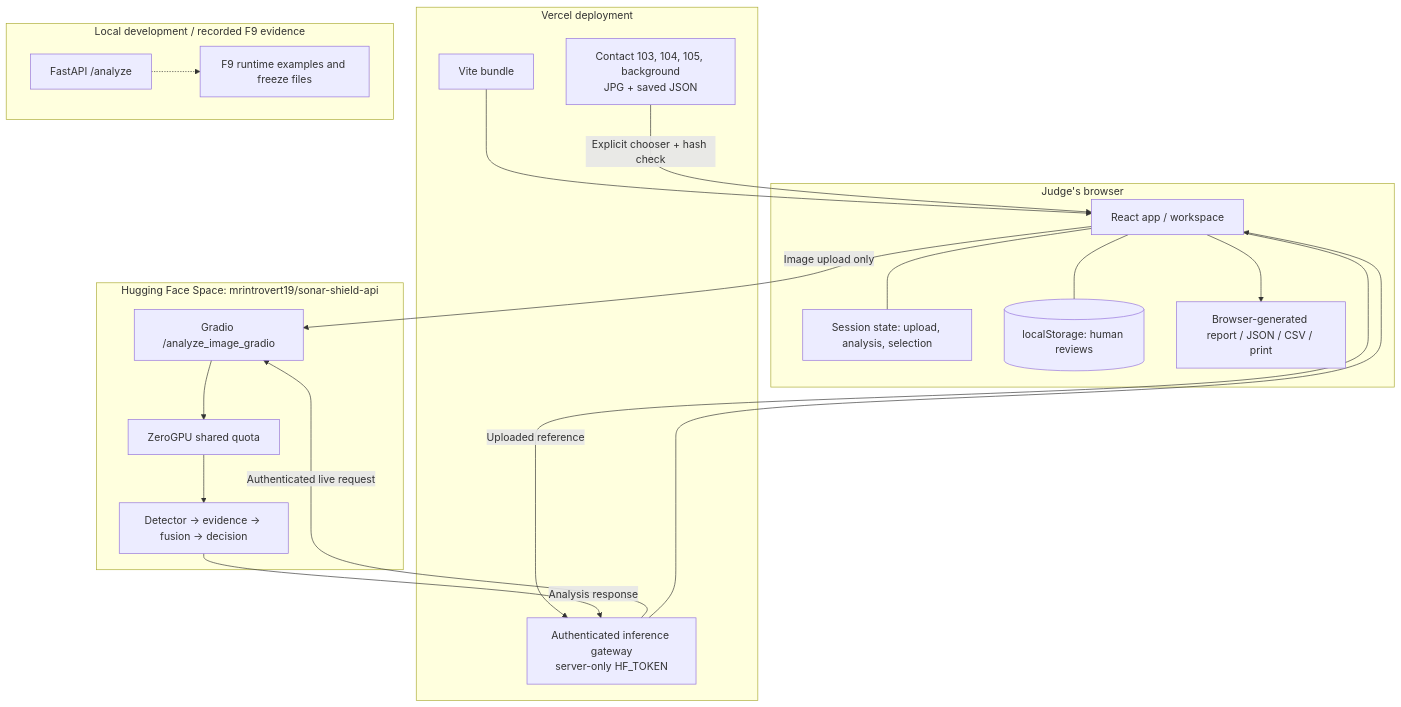
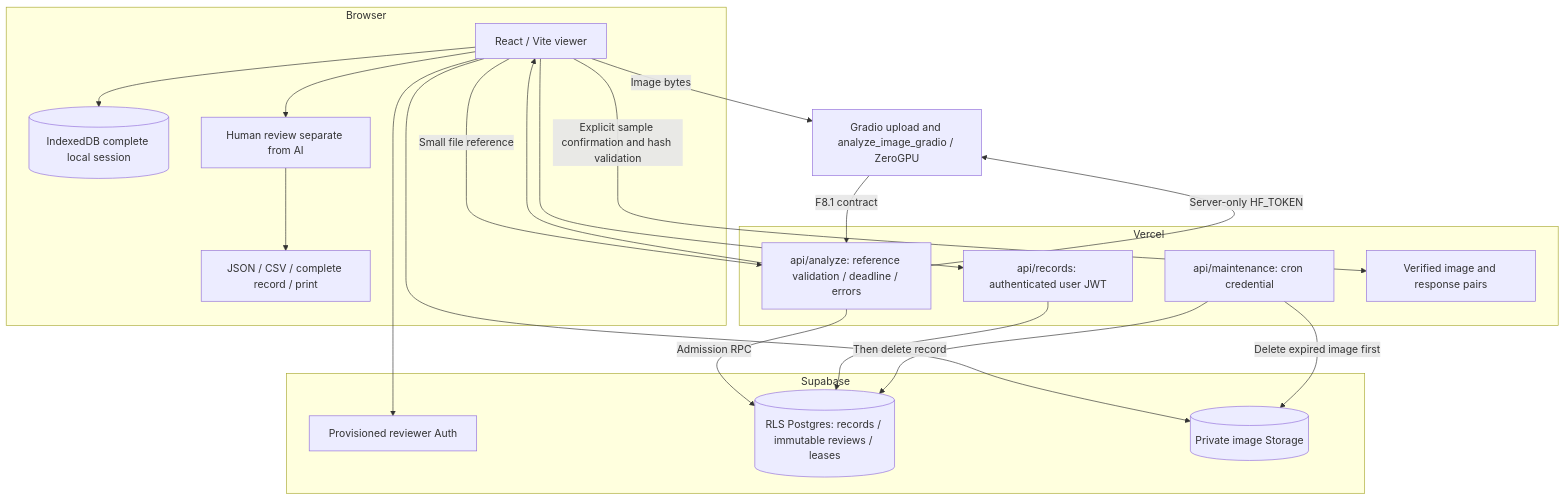
The first of 4 diagrams in docs/ARCHITECTURE.md (anugrahks19/SonarShield), drawn with Mermaid before and after one commit. The commit also changed other lines of this file and 118 other files, not shown here.

````diff
--- a/docs/ARCHITECTURE.md
+++ b/docs/ARCHITECTURE.md
@@ -9,35 +7,34 @@
 ```mermaid
 flowchart TB
-  subgraph Browser[Judge's browser]
-    UI[React app / workspace]
-    S[Session state: upload, analysis, selection]
-    LS[(localStorage: human reviews)]
-    P[Browser-generated report / JSON / CSV / print]
-    UI --- S
-    UI --- LS
-    UI --> P
-  end
-  subgraph Vercel[Vercel deployment]
-    JS[Vite bundle]
-    GW[Authenticated inference gateway<br/>server-only HF_TOKEN]
-    EX[Contact 103, 104, 105, background<br/>JPG + saved JSON]
-  end
-  subgraph HF[Hugging Face Space: mrintrovert19/sonar-shield-api]
-    GR[Gradio /analyze_image_gradio]
-    GPU[ZeroGPU shared quota]
-    AI[Detector → evidence → fusion → decision]
-    GR --> GPU --> AI
-  end
-  subgraph Local[Local development / recorded F9 evidence]
-    FA[FastAPI /analyze]
-    FR[F9 runtime examples and freeze files]
-  end
-  JS --> UI
-  EX -->|Explicit chooser + hash check| UI
-  UI -->|Image upload only| GR
-  UI -->|Uploaded reference| GW
-  GW -->|Authenticated live request| GR
-  AI -->|Analysis response| GW
-  GW --> UI
-  FA -.-> FR
+ subgraph Browser
+  UI[React / Vite viewer]
+  IDB[(IndexedDB complete local session)]
+  REV[Human review separate from AI]
+  OUT[JSON / CSV / complete record / print]
+  UI --> IDB
+  UI --> REV --> OUT
+ end
+ subgraph Vercel
+  GW[api/analyze: reference validation / deadline / errors]
+  REC[api/records: authenticated user JWT]
+  MA[api/maintenance: cron credential]
+  STATIC[Verified image and response pairs]
+ end
+ subgraph Supabase
+  AUTH[Provisioned reviewer Auth]
+  DB[(RLS Postgres: records / immutable reviews / leases)]
+  ST[(Private image Storage)]
+ end
+ HF[Gradio upload and analyze_image_gradio / ZeroGPU]
+ UI -->|Image bytes| HF
+ UI -->|Small file reference| GW
+ GW -->|Admission RPC| DB
+ GW -->|Server-only HF_TOKEN| HF
+ HF -->|F8.1 contract| GW --> UI
+ UI -->|Explicit sample confirmation and hash validation| STATIC
+ UI --> AUTH
+ UI --> REC --> DB
+ UI --> ST
+ MA -->|Delete expired image first| ST
+ MA -->|Then delete record| DB
 ```
````
